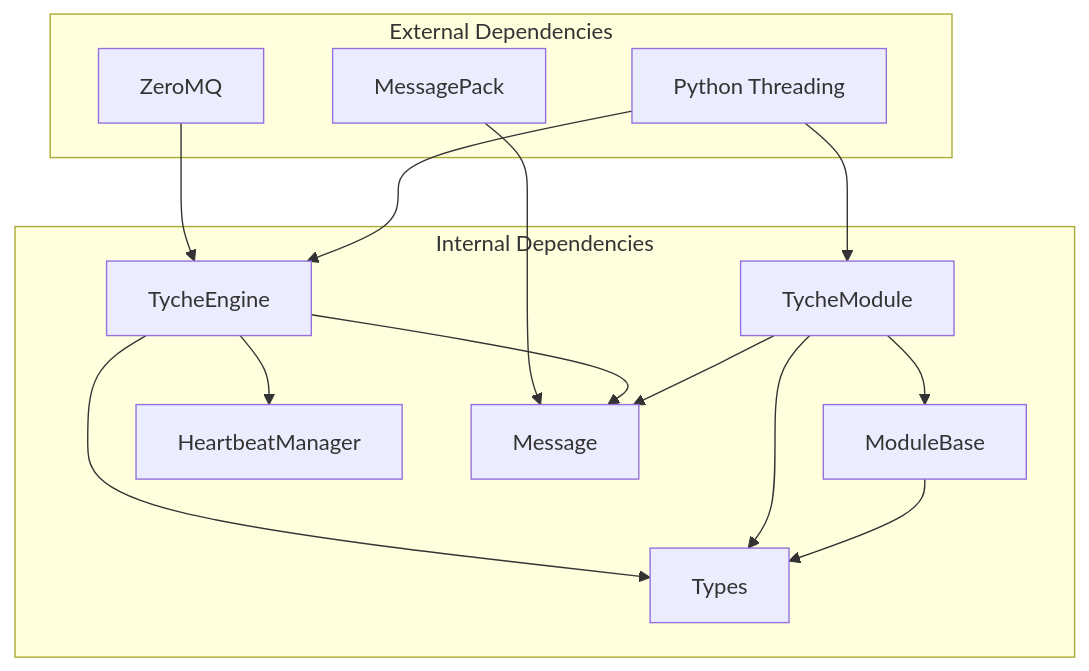
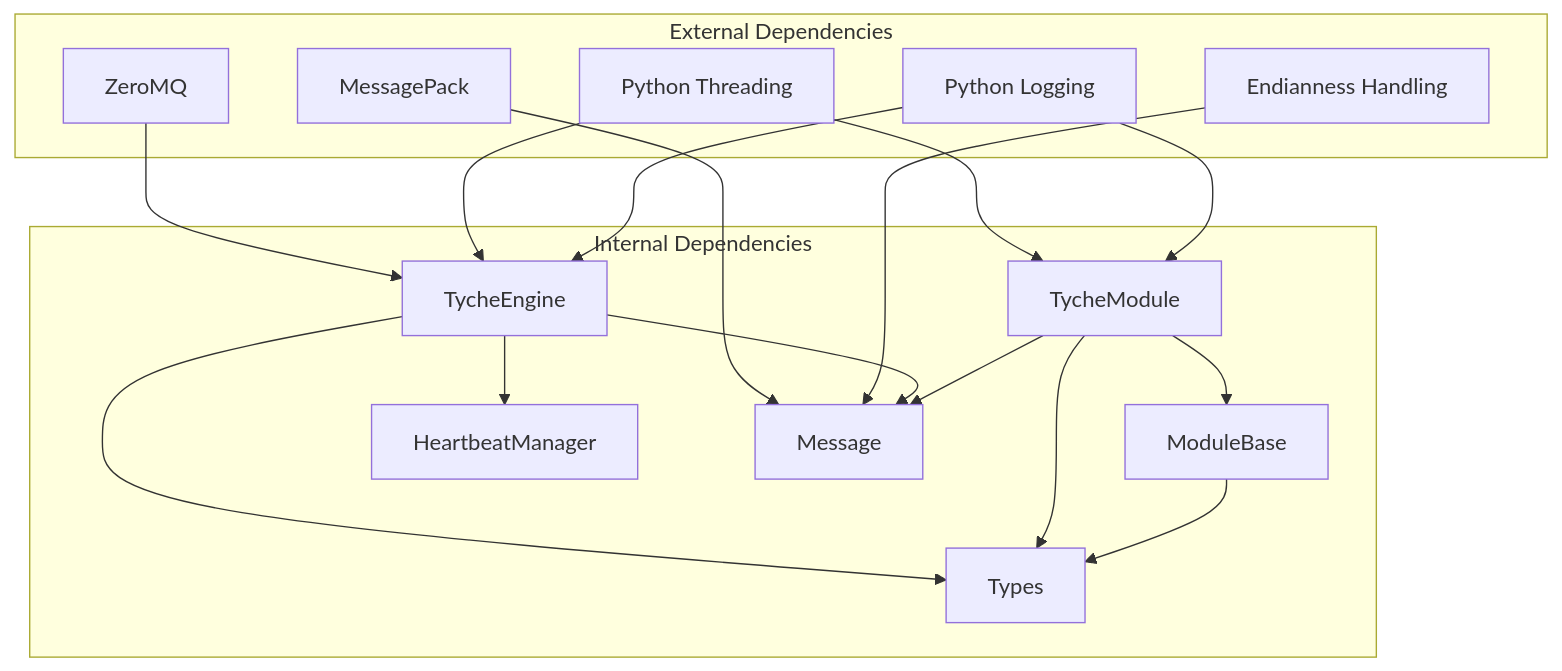
The tenth of 10 diagrams in .qoder/repowiki/en/content/Core Components/TycheEngine - Central Broker.md (zt281/TycheEngine), drawn with Mermaid before and after one commit. The commit also changed other lines of this file and 5 other files, not shown here.

````diff
--- a/.qoder/repowiki/en/content/Core Components/TycheEngine - Central Broker.md
+++ b/.qoder/repowiki/en/content/Core Components/TycheEngine - Central Broker.md
@@ -463,27 +501,32 @@
 ```mermaid
 graph TB
 subgraph "External Dependencies"
 ZMQ["ZeroMQ"]
 MSGPACK["MessagePack"]
 THREADING["Python Threading"]
+LOGGING["Python Logging"]
+ENDIAN["Endianness Handling"]
 end
 subgraph "Internal Dependencies"
 ENGINE["TycheEngine"]
 MODULE["TycheModule"]
 BASE["ModuleBase"]
 HB["HeartbeatManager"]
 MSG["Message"]
 TYPES["Types"]
 end
 ZMQ --> ENGINE
 MSGPACK --> MSG
 THREADING --> ENGINE
 THREADING --> MODULE
+LOGGING --> ENGINE
+LOGGING --> MODULE
+ENDIAN --> MSG
 ENGINE --> HB
 ENGINE --> MSG
 ENGINE --> TYPES
 MODULE --> BASE
 MODULE --> MSG
 MODULE --> TYPES
 BASE --> TYPES
 ```
````
